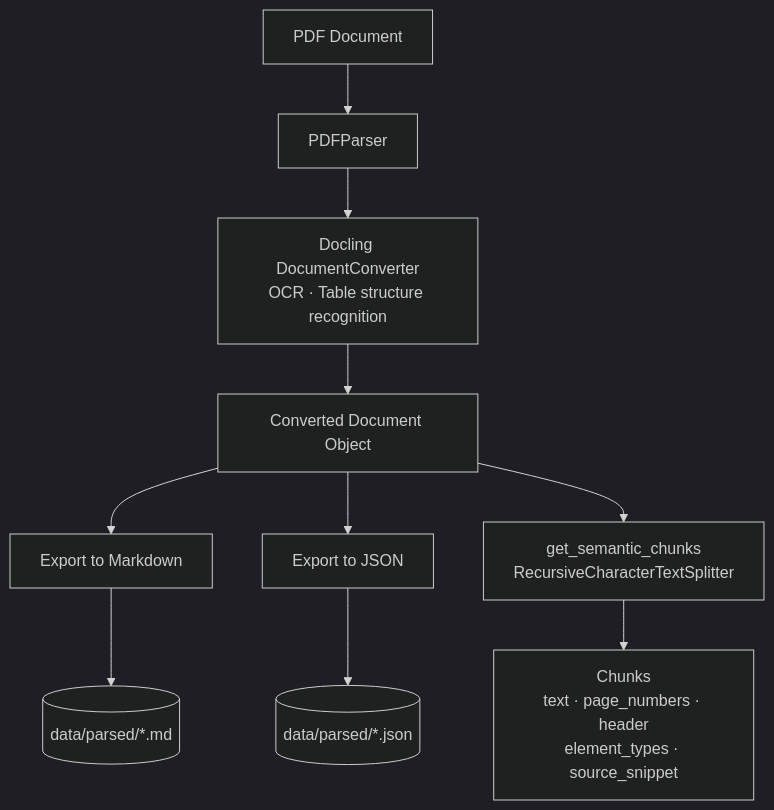
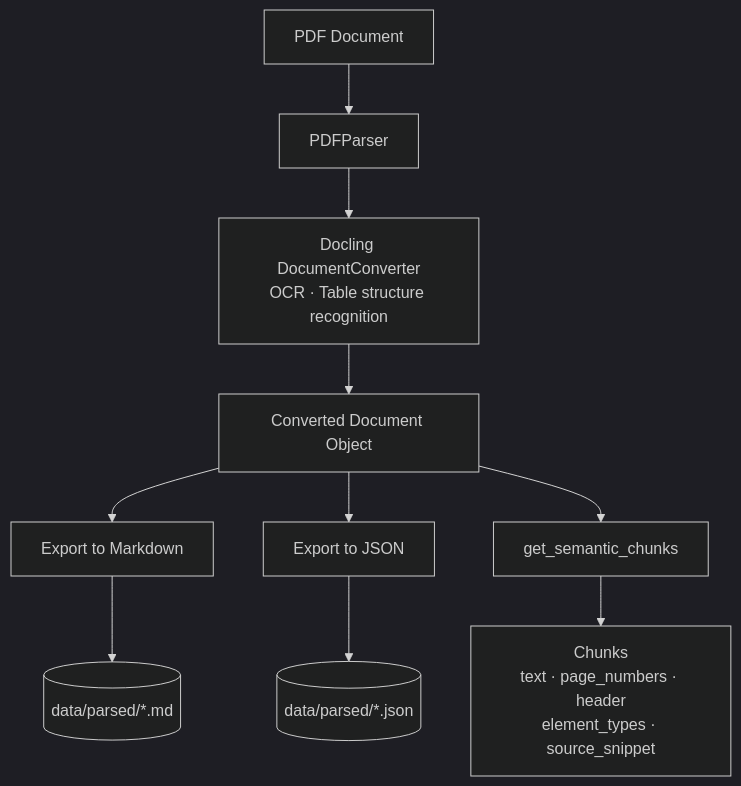
Before and after one commit to Cadarn/PyData-AI-Generated-Quiz: the first of 3 diagrams in README.md, drawn with Mermaid (dark theme). The commit also changed other lines of this file, not shown here.

````diff
--- a/README.md
+++ b/README.md
@@ -66,12 +70,12 @@
 ```mermaid
 flowchart TD
     A[PDF Document] --> B[PDFParser]
     B --> C[Docling DocumentConverter\nOCR · Table structure recognition]
     C --> D[Converted Document Object]
     D --> E[Export to Markdown]
     D --> F[Export to JSON]
-    D --> G[get_semantic_chunks\nRecursiveCharacterTextSplitter]
+    D --> G[get_semantic_chunks]
     E --> H[(data/parsed/*.md)]
     F --> I[(data/parsed/*.json)]
     G --> J[Chunks\ntext · page_numbers · header\nelement_types · source_snippet]
 ```
````
